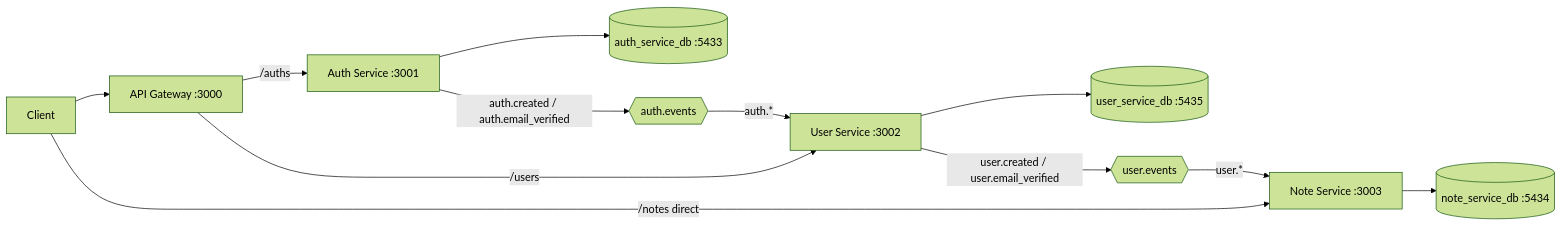
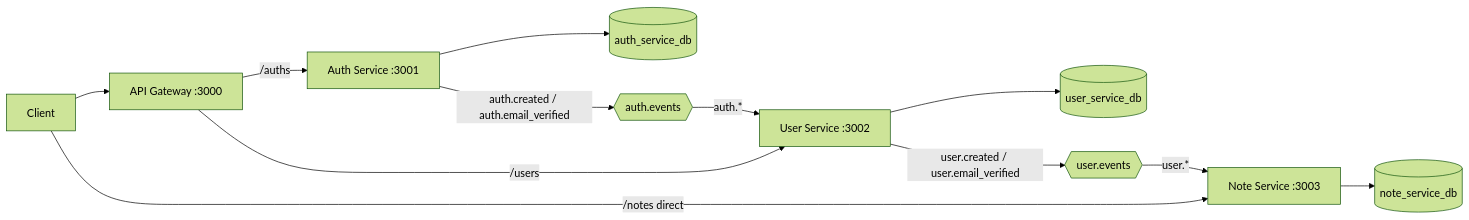
Before and after one commit to Learning-and-Exploring/note-rabbitmq: the first of 2 diagrams in README.md, drawn with Mermaid (forest theme). The commit also changed other lines of this file and 22 other files, not shown here.

````diff
--- a/README.md
+++ b/README.md
@@ -21,29 +21,29 @@
 ```mermaid
 graph LR
   C[Client]
   G[API Gateway :3000]
   A[Auth Service :3001]
   U[User Service :3002]
   N[Note Service :3003]
 
-  ADB[(auth_service_db :5433)]
-  UDB[(user_service_db :5435)]
-  NDB[(note_service_db :5434)]
+  ADB[(auth_service_db)]
+  UDB[(user_service_db)]
+  NDB[(note_service_db)]
 
   AX{{auth.events}}
   UX{{user.events}}
 
   C --> G
   G -->|/auths| A
   G -->|/users| U
   C -->|/notes direct| N
 
   A --> ADB
   U --> UDB
   N --> NDB
 
   A -->|auth.created / auth.email_verified| AX
   AX -->|auth.*| U
   U -->|user.created / user.email_verified| UX
   UX -->|user.*| N
 ```
````
